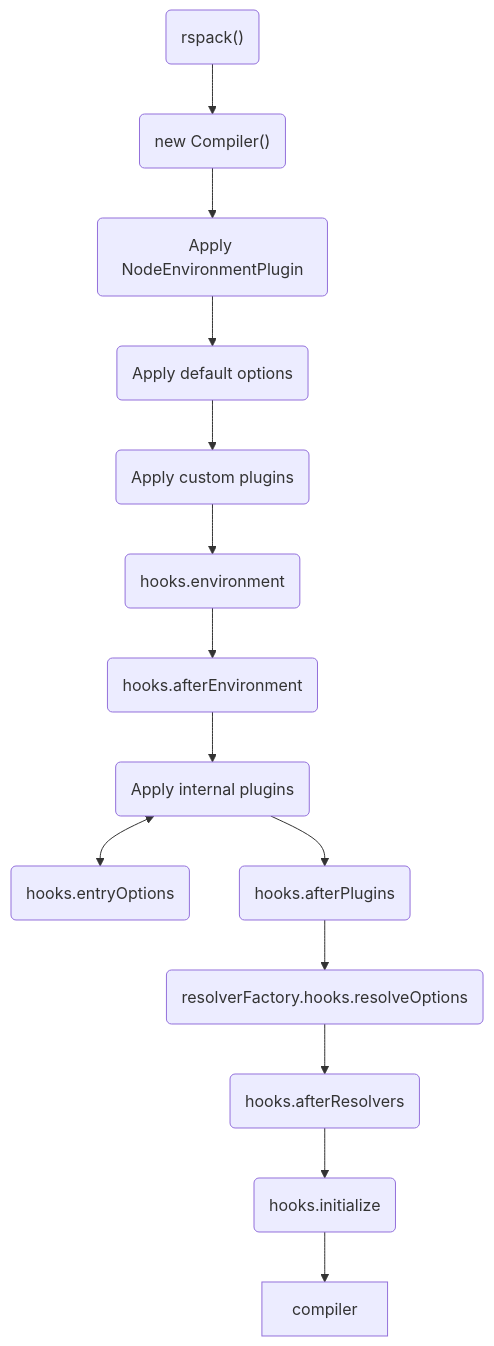
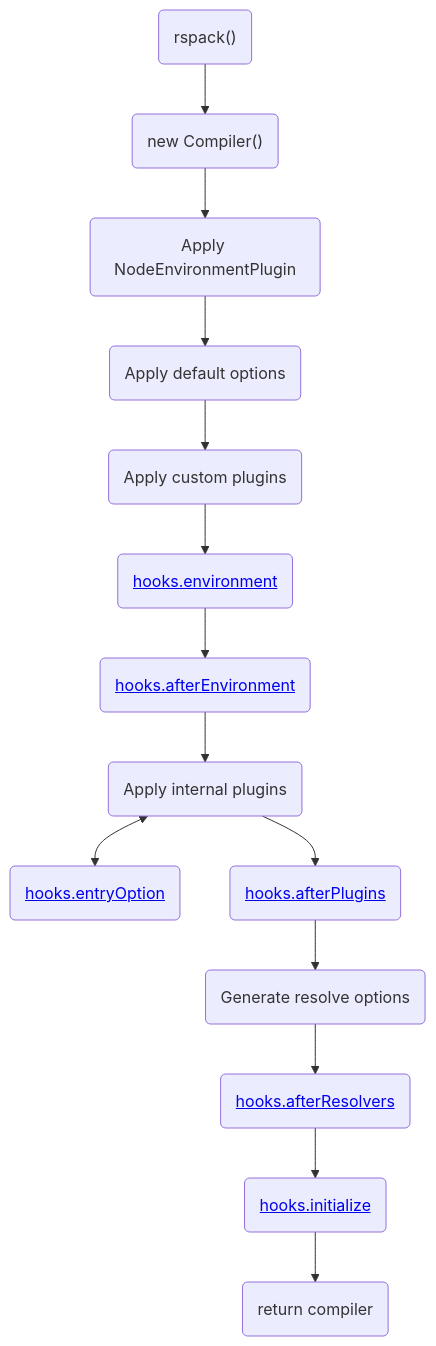
One commit to web-infra-dev/rspack changed the first of 3 diagrams in website/docs/en/api/plugin-api/compiler-hooks.mdx. Above: the diagram before and after it, drawn with Mermaid. The commit also changed other lines of this file and 3 other files, not shown here.

Commit message:
docs: add overview flow chart for compiler hooks

`````diff
--- a/website/docs/en/api/plugin-api/compiler-hooks.mdx
+++ b/website/docs/en/api/plugin-api/compiler-hooks.mdx
@@ -14,22 +16,22 @@
 ```mermaid
 flowchart TD
   CallRspack("rspack()") --> CreateCompiler("new Compiler()")
   CreateCompiler --> ApplyNodeEnvPlugin(Apply NodeEnvironmentPlugin)
   ApplyNodeEnvPlugin --> ApplyDefaultOptions(Apply default options)
   ApplyDefaultOptions --> ApplyCustomPlugins(Apply custom plugins)
-  ApplyCustomPlugins --> HookEnvironment(hooks.environment)
-  HookEnvironment --> HookAfterEnvironment(hooks.afterEnvironment)
+  ApplyCustomPlugins --> HookEnvironment(<a href="#environment">hooks.environment</a>)
+  HookEnvironment --> HookAfterEnvironment(<a href="#afterenvironment">hooks.afterEnvironment</a>)
   HookAfterEnvironment --> ApplyRspackPlugins(Apply internal plugins)
-  ApplyRspackPlugins <--> HookEntryOptions(hooks.entryOptions)
-  ApplyRspackPlugins --> HookAfterPlugins(hooks.afterPlugins)
-  HookAfterPlugins --> ResolveOptions(resolverFactory.hooks.resolveOptions)
-  ResolveOptions --> HookAfterResolvers(hooks.afterResolvers)
-  HookAfterResolvers --> HookInitialize(hooks.initialize)
-  HookInitialize --> compiler
+  ApplyRspackPlugins <--> HookEntryOptions(<a href="#entryoption">hooks.entryOption</a>)
+  ApplyRspackPlugins --> HookAfterPlugins(<a href="#afterplugins">hooks.afterPlugins</a>)
+  HookAfterPlugins --> ResolveOptions(Generate resolve options)
+  ResolveOptions --> HookAfterResolvers(<a href="#afterresolvers">hooks.afterResolvers</a>)
+  HookAfterResolvers --> HookInitialize(<a href="#initialize">hooks.initialize</a>)
+  HookInitialize --> compiler("return compiler")
 
 class CallRspack flow-start
 class compiler flow-end
-class ApplyNodeEnvPlugin,ApplyDefaultOptions,ApplyCustomPlugins,ApplyRspackPlugins,ResolveOptions flow-process
+class CreateCompiler,ApplyNodeEnvPlugin,ApplyDefaultOptions,ApplyCustomPlugins,ApplyRspackPlugins,ResolveOptions flow-process
 class HookEnvironment,HookAfterEnvironment,HookEntryOptions,HookAfterPlugins,HookAfterResolvers,HookInitialize flow-hook
 
 ````
`````
